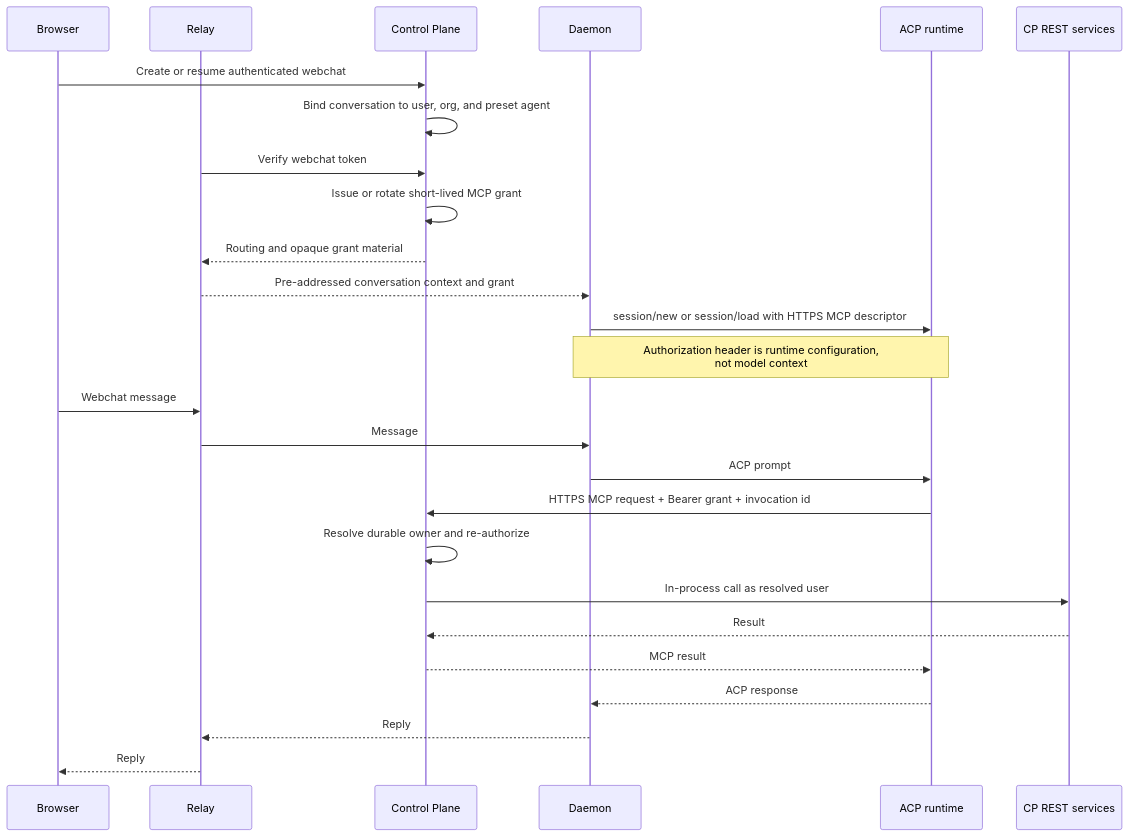
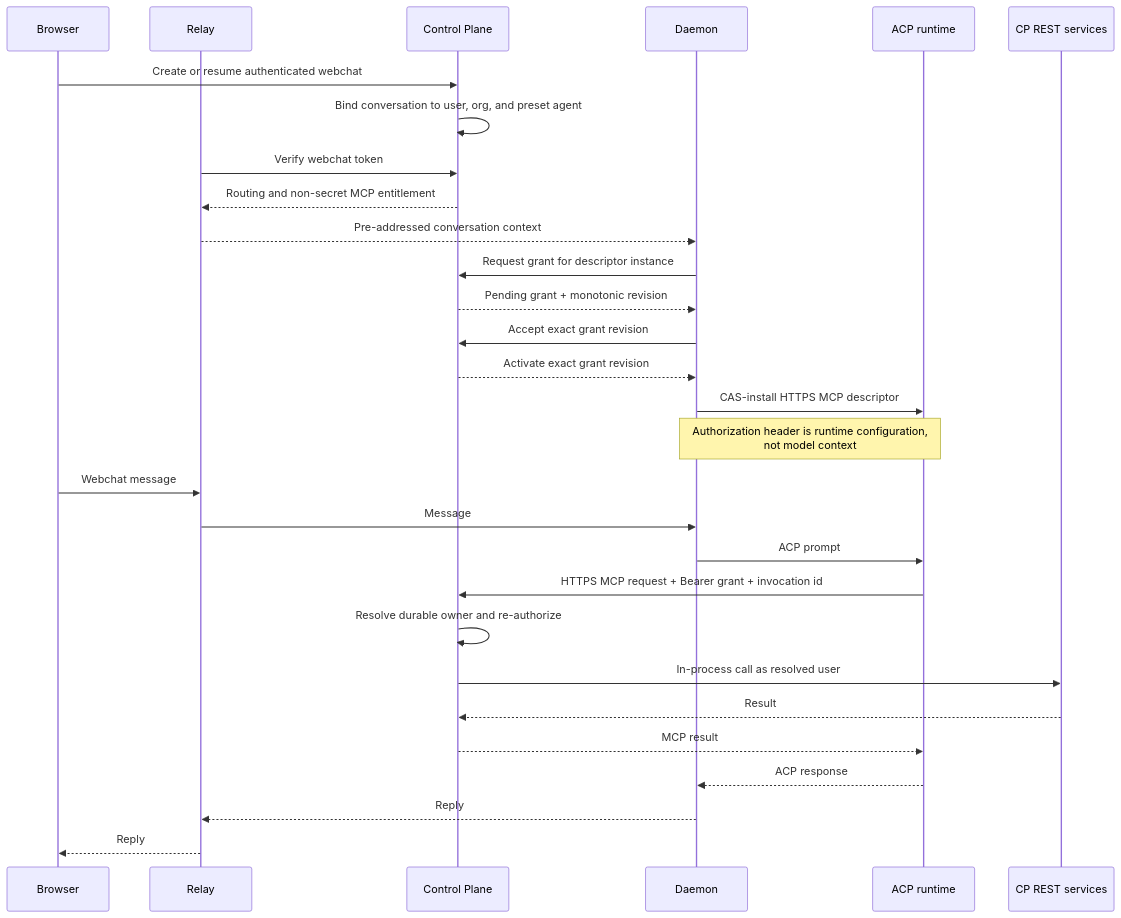
Before and after one commit to agentconnect-md/agentconnect: the diagram in docs/designs/webchat-preset-agentconnect-mcp.md, drawn with Mermaid. The commit also changed other lines of this file and 1 other file, not shown here.

Commit message:
docs: fence remote MCP lifecycle races

````diff
--- a/docs/designs/webchat-preset-agentconnect-mcp.md
+++ b/docs/designs/webchat-preset-agentconnect-mcp.md
@@ -112,29 +112,32 @@
 ```mermaid
 sequenceDiagram
     participant Browser
     participant Relay
     participant CP as Control Plane
     participant Daemon
     participant Runtime as ACP runtime
     participant REST as CP REST services
 
     Browser->>CP: Create or resume authenticated webchat
     CP->>CP: Bind conversation to user, org, and preset agent
     Relay->>CP: Verify webchat token
-    CP->>CP: Issue or rotate short-lived MCP grant
-    CP-->>Relay: Routing and opaque grant material
-    Relay-->>Daemon: Pre-addressed conversation context and grant
-    Daemon->>Runtime: session/new or session/load with HTTPS MCP descriptor
+    CP-->>Relay: Routing and non-secret MCP entitlement
+    Relay-->>Daemon: Pre-addressed conversation context
+    Daemon->>CP: Request grant for descriptor instance
+    CP-->>Daemon: Pending grant + monotonic revision
+    Daemon->>CP: Accept exact grant revision
+    CP-->>Daemon: Activate exact grant revision
+    Daemon->>Runtime: CAS-install HTTPS MCP descriptor
     Note over Daemon,Runtime: Authorization header is runtime configuration,<br/>not model context
     Browser->>Relay: Webchat message
     Relay->>Daemon: Message
     Daemon->>Runtime: ACP prompt
     Runtime->>CP: HTTPS MCP request + Bearer grant + invocation id
     CP->>CP: Resolve durable owner and re-authorize
     CP->>REST: In-process call as resolved user
     REST-->>CP: Result
     CP-->>Runtime: MCP result
     Runtime-->>Daemon: ACP response
     Daemon-->>Relay: Reply
     Relay-->>Browser: Reply
 ```
````
